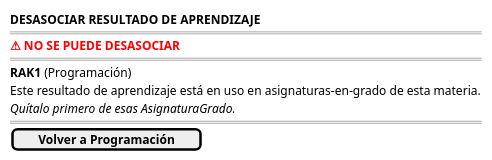
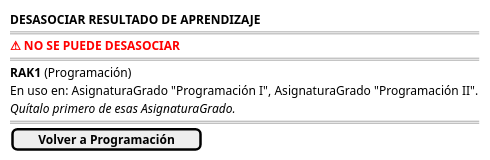
The first of 2 diagrams in RUP/01-requisitos/03-detalle-casos-uso/desasociarResultadoAprendizajeAMateria/wireframes.puml (mmasias/pyCeldaPublico), drawn with PlantUML before and after one commit. The commit also changed 393 other files, not shown here.

```diff
--- a/RUP/01-requisitos/03-detalle-casos-uso/desasociarResultadoAprendizajeAMateria/wireframes.puml
+++ b/RUP/01-requisitos/03-detalle-casos-uso/desasociarResultadoAprendizajeAMateria/wireframes.puml
@@ -1,15 +1,15 @@
 @startsalt desasociarResultadoAprendizajeAMateria-wireframe-bloqueada
 {
     <b>DESASOCIAR RESULTADO DE APRENDIZAJE</b>
     ====
     <color:red><b>⚠ NO SE PUEDE DESASOCIAR</b></color>
     ====
     <b>RAK1</b> (Programación)
 
-    Este resultado de aprendizaje está en uso en asignaturas-en-grado de esta materia.
+    En uso en: AsignaturaGrado "Programación I", AsignaturaGrado "Programación II".
 
     <i>Quítalo primero de esas AsignaturaGrado.</i>
     ====
     [ <b>Volver a Programación</b> ]
 }
 @endsalt
```
